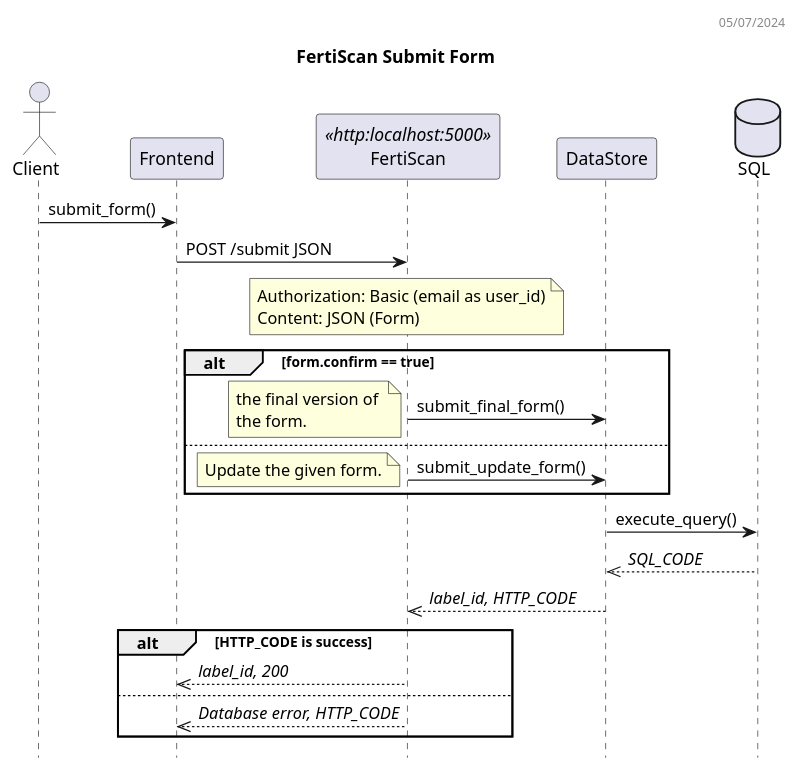
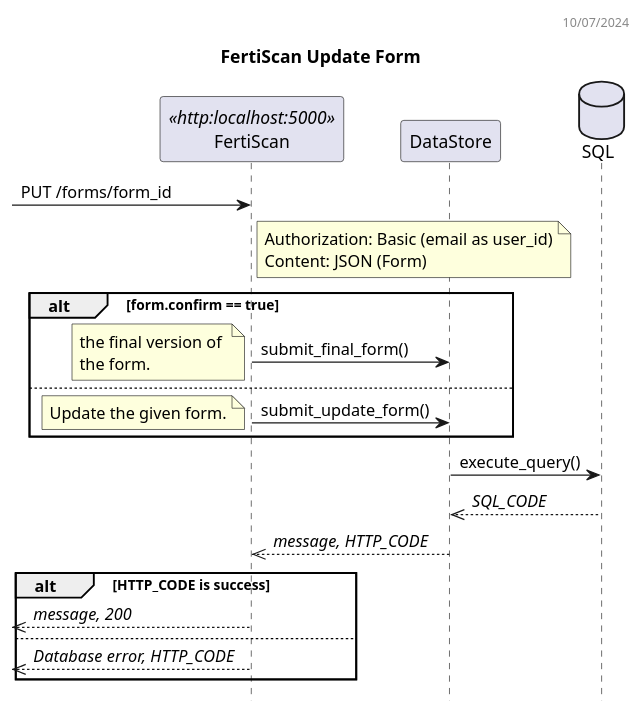
One commit to ai-cfia/fertiscan-backend changed the diagram in docs/submit_dss.puml. Above: the diagram before and after it, drawn with PlantUML. The commit also changed 6 other files, not shown here.

Commit message:
fix: remove frontend from diagrams

```diff
--- a/docs/submit_dss.puml
+++ b/docs/submit_dss.puml
@@ -1,41 +1,38 @@
 @startuml FertiScan Sequence Diagram
-header 05/07/2024
+header 10/07/2024
 
-title FertiScan Submit Form
+title FertiScan Update Form
 hide empty members
 hide footbox
 
-actor "Client" as C
-participant Frontend as FE
 participant FertiScan as BE <<http:localhost:5000>>
 participant DataStore as DS
 database SQL as DB
 
-C -> FE: submit_form()
-FE -> BE: POST /submit JSON
-note over BE
+-> BE: PUT /forms/form_id
+note right BE
   Authorization: Basic (email as user_id)
   Content: JSON (Form)
 end note
 alt form.confirm == true
   BE -> DS: submit_final_form()
   note left
     the final version of 
     the form.
   end note
 else
   BE -> DS: submit_update_form()
   note left
     Update the given form.
   end note
 end
 DS -> DB: execute_query()
 DS <<-- DB: //SQL_CODE//
-BE <<-- DS: //label_id, HTTP_CODE//
+BE <<-- DS: //message, HTTP_CODE//
 alt HTTP_CODE is success
-  FE <<-- BE: //label_id, 200//
+  <<-- BE: //message, 200//
 else
-  FE <<-- BE: //Database error, HTTP_CODE//
+  <<-- BE: //Database error, HTTP_CODE//
 end
 
 @enduml
```
